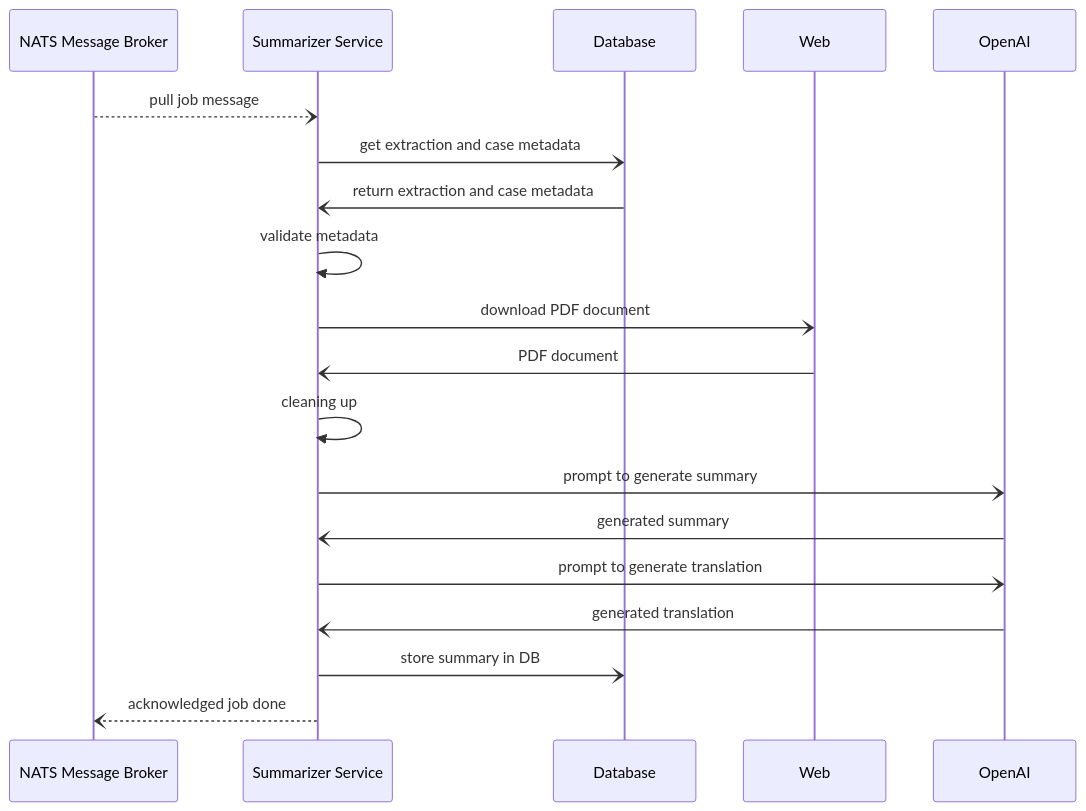
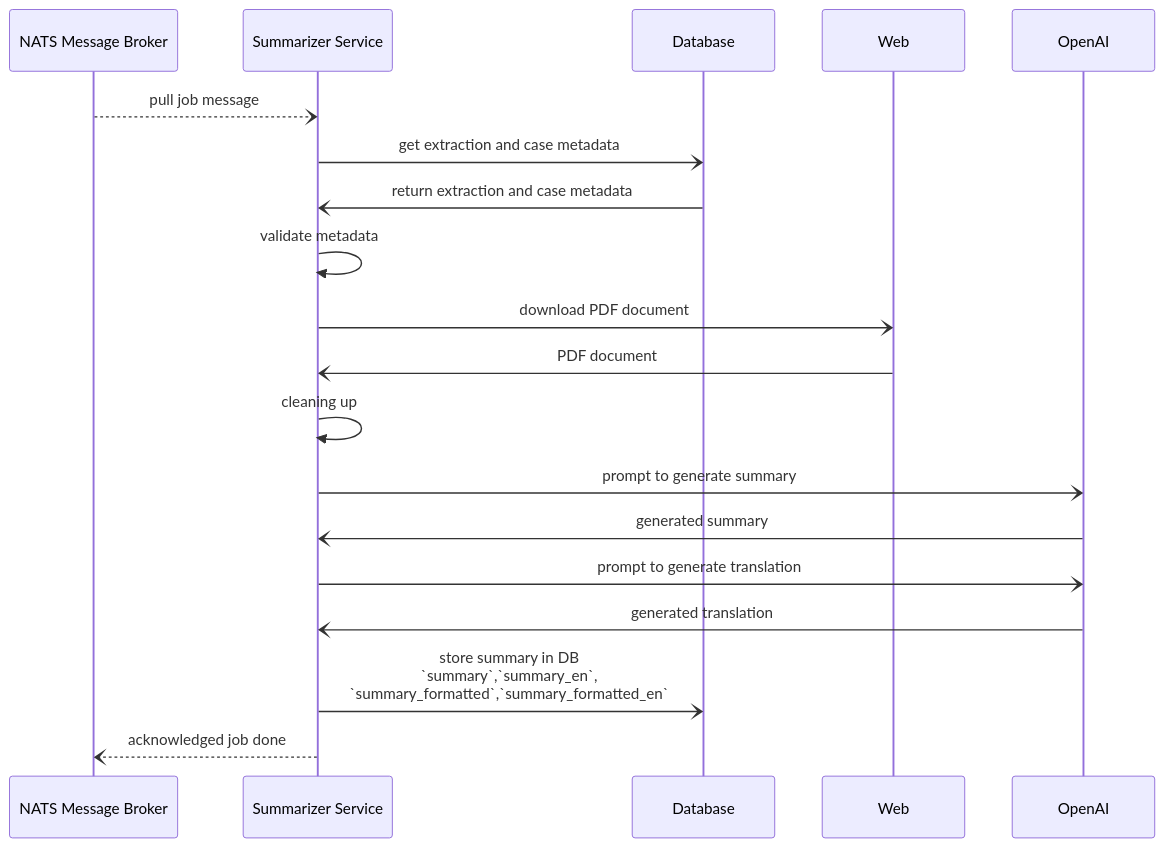
Before and after one commit to LexiconIndonesia/indonesia-supreme-court-ai-postprocess: the second of 2 diagrams in README.md, drawn with Mermaid.

````diff
--- a/README.md
+++ b/README.md
@@ -32,22 +32,22 @@
 ```mermaid
 sequenceDiagram
     participant nats as NATS Message Broker
     participant service as Summarizer Service
     participant db as Database
     participant web as Web
     participant ai as OpenAI
 
     nats--)service: pull job message
     service-)db: get extraction and case metadata
     db-)service: return extraction and case metadata
     service->>service: validate metadata
     service-)web: download PDF document
     web-)service: PDF document
     service->>service: cleaning up
     service-)ai: prompt to generate summary
     ai-)service: generated summary
     service-)ai: prompt to generate translation
     ai-)service: generated translation
-    service-)db: store summary in DB
+    service-)db: store summary in DB<br>`summary`,`summary_en`,<br>`summary_formatted`,`summary_formatted_en`
     service--)nats: acknowledged job done
 ```
````
